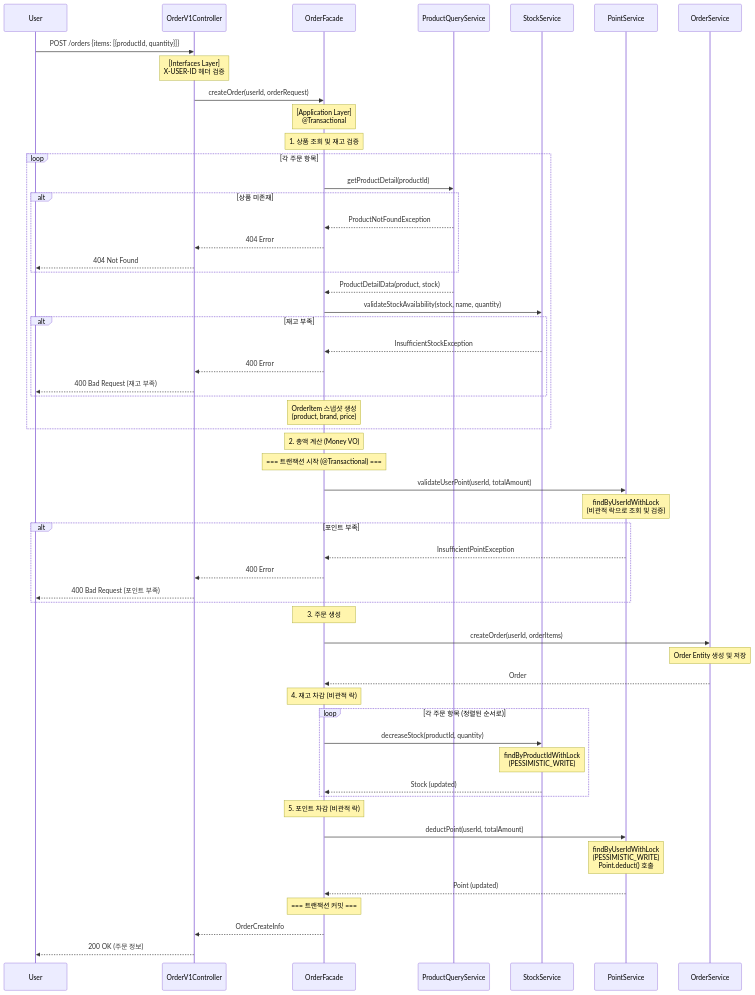
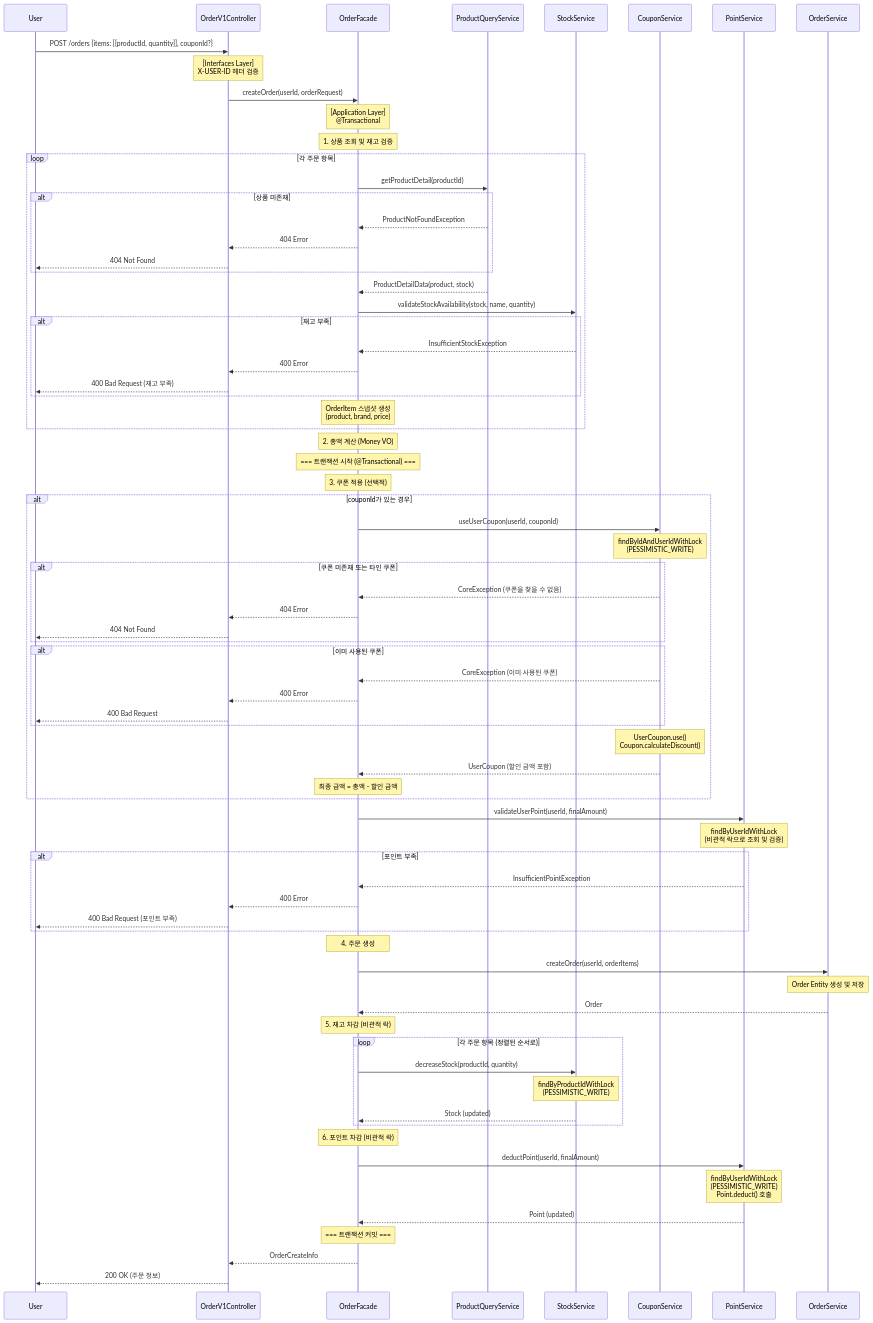
Before and after one commit to ghojeong/loopers-spring-kotlin-template: the eighth of 9 diagrams in .docs/round2/2-sequence-diagrams.md, drawn with Mermaid. The commit also changed other lines of this file and 4 other files, not shown here.

```diff
--- a/.docs/round2/2-sequence-diagrams.md
+++ b/.docs/round2/2-sequence-diagrams.md
@@ -384,10 +384,11 @@
     participant OrderFacade
     participant ProductQueryService
     participant StockService
+    participant CouponService
     participant PointService
     participant OrderService
 
-    User->>OrderV1Controller: POST /orders {items: [{productId, quantity}]}
+    User->>OrderV1Controller: POST /orders {items: [{productId, quantity}], couponId?}
     Note over OrderV1Controller: [Interfaces Layer]<br/>X-USER-ID 헤더 검증
 
     OrderV1Controller->>OrderFacade: createOrder(userId, orderRequest)
@@ -417,7 +418,26 @@
 
     Note over OrderFacade: === 트랜잭션 시작 (@Transactional) ===
 
-    OrderFacade->>PointService: validateUserPoint(userId, totalAmount)
+    Note over OrderFacade: 3. 쿠폰 적용 (선택적)
+    alt couponId가 있는 경우
+        OrderFacade->>CouponService: useUserCoupon(userId, couponId)
+        Note over CouponService: findByIdAndUserIdWithLock<br/>(PESSIMISTIC_WRITE)
+        alt 쿠폰 미존재 또는 타인 쿠폰
+            CouponService-->>OrderFacade: CoreException (쿠폰을 찾을 수 없음)
+            OrderFacade-->>OrderV1Controller: 404 Error
+            OrderV1Controller-->>User: 404 Not Found
+        end
+        alt 이미 사용된 쿠폰
+            CouponService-->>OrderFacade: CoreException (이미 사용된 쿠폰)
+            OrderFacade-->>OrderV1Controller: 400 Error
+            OrderV1Controller-->>User: 400 Bad Request
+        end
+        Note over CouponService: UserCoupon.use()<br/>Coupon.calculateDiscount()
+        CouponService-->>OrderFacade: UserCoupon (할인 금액 포함)
+        Note over OrderFacade: 최종 금액 = 총액 - 할인 금액
+    end
+
+    OrderFacade->>PointService: validateUserPoint(userId, finalAmount)
     Note over PointService: findByUserIdWithLock<br/>(비관적 락으로 조회 및 검증)
     alt 포인트 부족
         PointService-->>OrderFacade: InsufficientPointException
@@ -425,20 +445,20 @@
         OrderV1Controller-->>User: 400 Bad Request (포인트 부족)
     end
 
-    Note over OrderFacade: 3. 주문 생성
+    Note over OrderFacade: 4. 주문 생성
     OrderFacade->>OrderService: createOrder(userId, orderItems)
     Note over OrderService: Order Entity 생성 및 저장
     OrderService-->>OrderFacade: Order
 
-    Note over OrderFacade: 4. 재고 차감 (비관적 락)
+    Note over OrderFacade: 5. 재고 차감 (비관적 락)
     loop 각 주문 항목 (정렬된 순서로)
         OrderFacade->>StockService: decreaseStock(productId, quantity)
         Note over StockService: findByProductIdWithLock<br/>(PESSIMISTIC_WRITE)
         StockService-->>OrderFacade: Stock (updated)
     end
 
-    Note over OrderFacade: 5. 포인트 차감 (비관적 락)
-    OrderFacade->>PointService: deductPoint(userId, totalAmount)
+    Note over OrderFacade: 6. 포인트 차감 (비관적 락)
+    OrderFacade->>PointService: deductPoint(userId, finalAmount)
     Note over PointService: findByUserIdWithLock<br/>(PESSIMISTIC_WRITE)<br/>Point.deduct() 호출
     PointService-->>OrderFacade: Point (updated)
 
```
